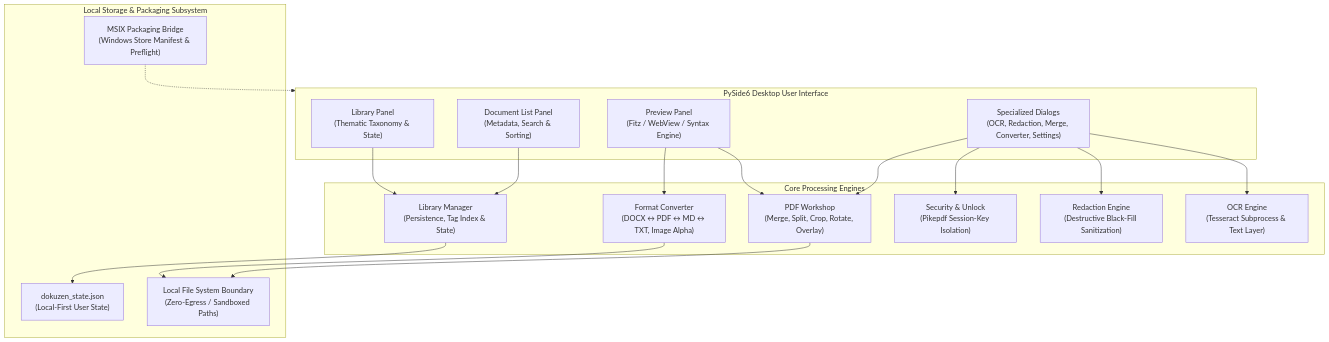
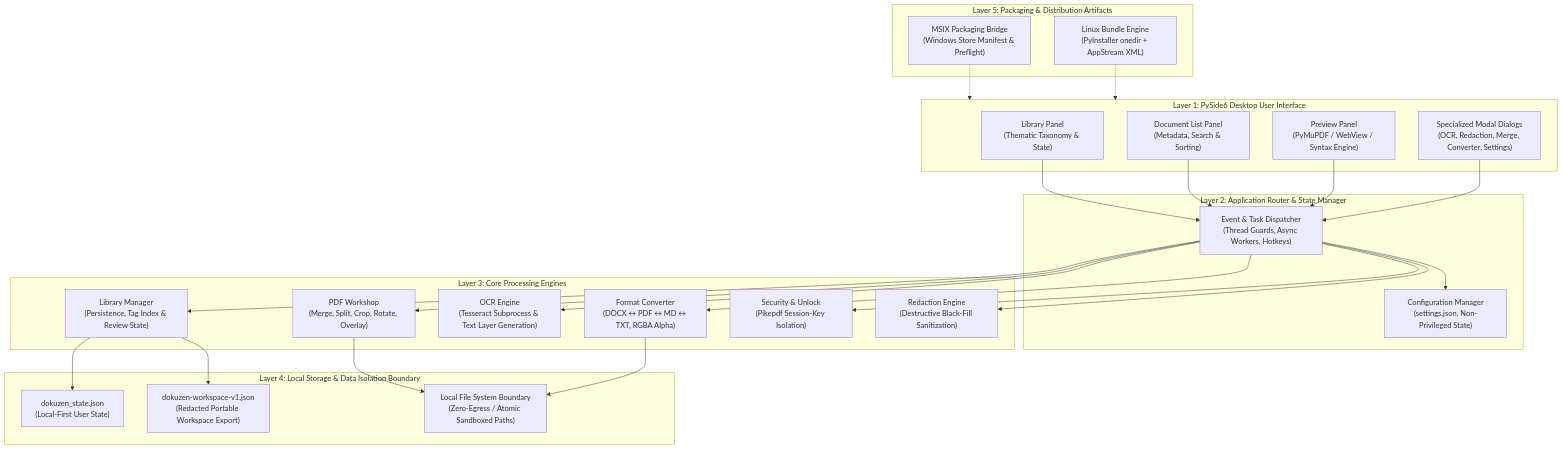
The first of 2 diagrams in README.md (doc-bricks/DokuZen), drawn with Mermaid before and after one commit. The commit also changed other lines of this file and 9 other files, not shown here.

First line of the commit message:
feat(marketing): Pfad B discoverability, visual architecture & metadata contract

````diff
--- a/README.md
+++ b/README.md
@@ -57,37 +65,52 @@
 ```mermaid
 flowchart TD
-    subgraph UI ["PySide6 Desktop User Interface"]
+    subgraph UI ["Layer 1: PySide6 Desktop User Interface"]
         LP["Library Panel<br/>(Thematic Taxonomy & State)"]
         DP["Document List Panel<br/>(Metadata, Search & Sorting)"]
-        PP["Preview Panel<br/>(Fitz / WebView / Syntax Engine)"]
-        DLG["Specialized Dialogs<br/>(OCR, Redaction, Merge, Converter, Settings)"]
+        PP["Preview Panel<br/>(PyMuPDF / WebView / Syntax Engine)"]
+        DLG["Specialized Modal Dialogs<br/>(OCR, Redaction, Merge, Converter, Settings)"]
     end
 
-    subgraph Core ["Core Processing Engines"]
-        LIB["Library Manager<br/>(Persistence, Tag Index & State)"]
+    subgraph AppRouter ["Layer 2: Application Router & State Manager"]
+        ROUTER["Event & Task Dispatcher<br/>(Thread Guards, Async Workers, Hotkeys)"]
+        SETTINGS["Configuration Manager<br/>(settings.json, Non-Privileged State)"]
+    end
+
+    subgraph Core ["Layer 3: Core Processing Engines"]
+        LIB["Library Manager<br/>(Persistence, Tag Index & Review State)"]
         PDF["PDF Workshop<br/>(Merge, Split, Crop, Rotate, Overlay)"]
-        OCR["OCR Engine<br/>(Tesseract Subprocess & Text Layer)"]
-        CVT["Format Converter<br/>(DOCX ↔ PDF ↔ MD ↔ TXT, Image Alpha)"]
+        OCR["OCR Engine<br/>(Tesseract Subprocess & Text Layer Generation)"]
+        CVT["Format Converter<br/>(DOCX ↔ PDF ↔ MD ↔ TXT, RGBA Alpha)"]
         SEC["Security & Unlock<br/>(Pikepdf Session-Key Isolation)"]
         RED["Redaction Engine<br/>(Destructive Black-Fill Sanitization)"]
     end
 
-    subgraph Storage ["Local Storage & Packaging Subsystem"]
+    subgraph Storage ["Layer 4: Local Storage & Data Isolation Boundary"]
         STATE["dokuzen_state.json<br/>(Local-First User State)"]
-        FS["Local File System Boundary<br/>(Zero-Egress / Sandboxed Paths)"]
-        MSIX["MSIX Packaging Bridge<br/>(Windows Store Manifest & Preflight)"]
+        WSEXPORT["dokuzen-workspace-v1.json<br/>(Redacted Portable Workspace Export)"]
+        FS["Local File System Boundary<br/>(Zero-Egress / Atomic Sandboxed Paths)"]
     end
 
-    LP --> LIB
-    DP --> LIB
-    PP --> PDF
-    PP --> CVT
-    DLG --> OCR
-    DLG --> RED
-    DLG --> SEC
-    DLG --> PDF
+    subgraph Distribution ["Layer 5: Packaging & Distribution Artifacts"]
+        MSIX["MSIX Packaging Bridge<br/>(Windows Store Manifest & Preflight)"]
+        LINUX["Linux Bundle Engine<br/>(PyInstaller onedir + AppStream XML)"]
+    end
+
+    LP --> ROUTER
+    DP --> ROUTER
+    PP --> ROUTER
+    DLG --> ROUTER
+    ROUTER --> LIB
+    ROUTER --> PDF
+    ROUTER --> OCR
+    ROUTER --> CVT
+    ROUTER --> SEC
+    ROUTER --> RED
+    ROUTER --> SETTINGS
+    LIB --> STATE
+    LIB --> WSEXPORT
     PDF --> FS
     CVT --> FS
-    LIB --> STATE
     MSIX -.-> UI
+    LINUX -.-> UI
 ```
````
